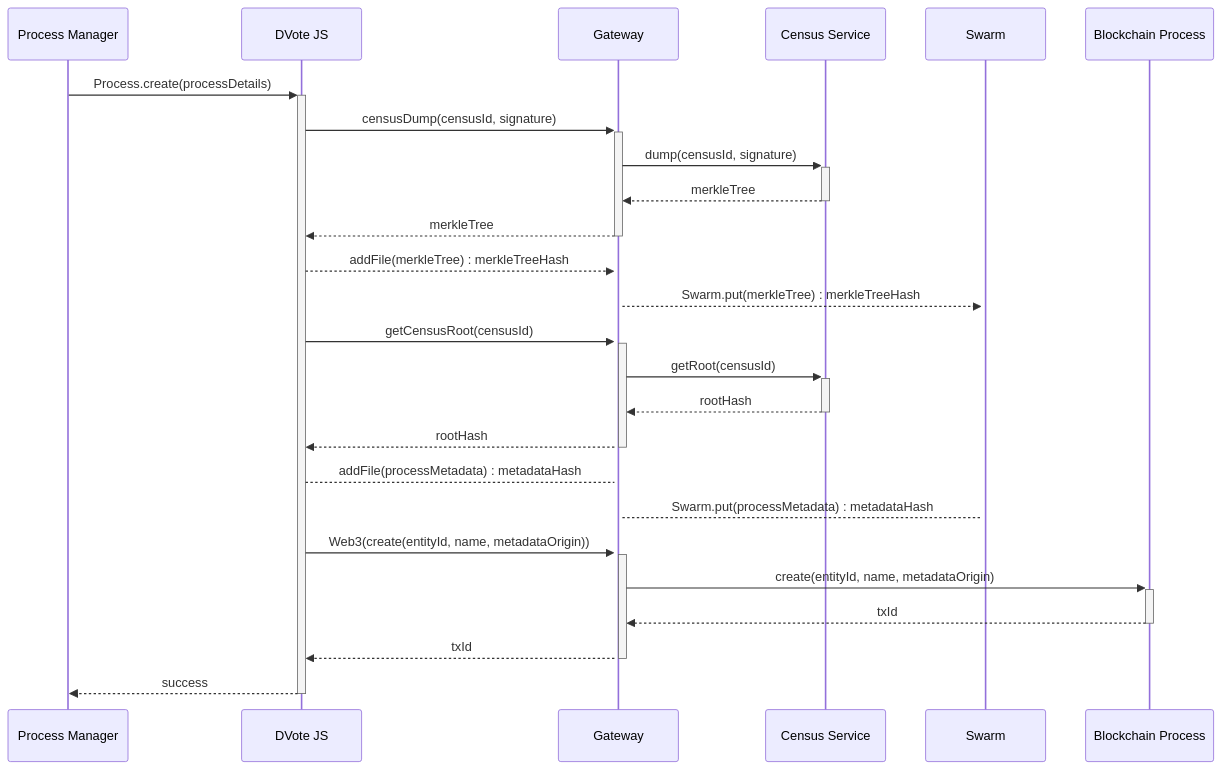
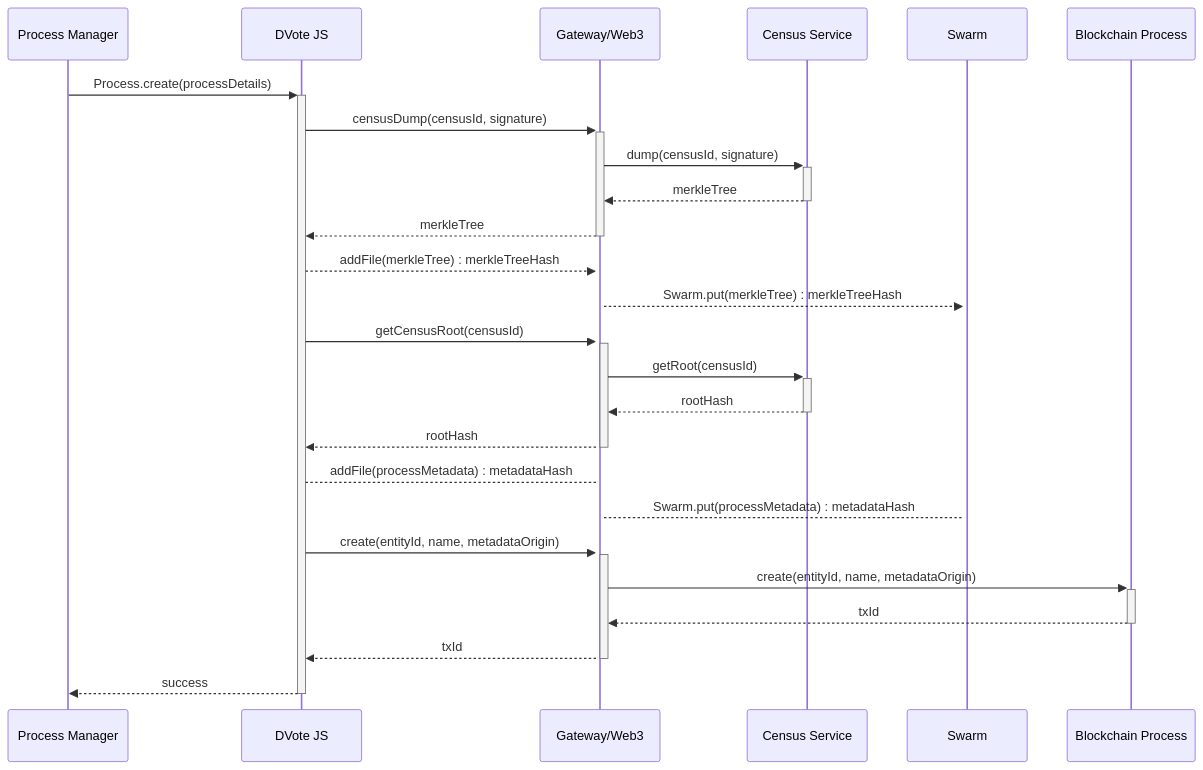
The seventh of 15 diagrams in docs/protocol/sequence-diagrams.md (vocdoni/docs), drawn with Mermaid before and after one commit. The commit also changed other lines of this file and 1 other file, not shown here.

Commit message:
added addCensusClaim, getCensusRoot, censusDump to GW RPC methods, updated sequence dias to show Web3 as available enpoint

````diff
--- a/docs/protocol/sequence-diagrams.md
+++ b/docs/protocol/sequence-diagrams.md
@@ -251,34 +251,34 @@
 ```mermaid
 sequenceDiagram
     participant PM as Process Manager
     participant DV as DVote JS
-    participant GW as Gateway
+    participant GW as Gateway/Web3
     participant CS as Census Service
     participant SW as Swarm
     participant BC as Blockchain Process
 
     PM->>+DV: Process.create(processDetails)
 
         DV->>+GW: censusDump(censusId, signature)
         GW->>+CS: dump(censusId, signature)
         CS-->>-GW: merkleTree
         GW-->>-DV: merkleTree
 
         DV-->>+GW: addFile(merkleTree) : merkleTreeHash
         GW-->>+SW: Swarm.put(merkleTree) : merkleTreeHash
 
         DV->>+GW: getCensusRoot(censusId)
         GW->>+CS: getRoot(censusId)
         CS-->>-GW: rootHash
         GW-->>-DV: rootHash
 
         DV-->GW: addFile(processMetadata) : metadataHash
         GW-->SW: Swarm.put(processMetadata) : metadataHash
 
-        DV->>+GW: Web3(create(entityId, name, metadataOrigin))
+        DV->>+GW: create(entityId, name, metadataOrigin)
         GW->>+BC: create(entityId, name, metadataOrigin)
         BC-->>-GW: txId
         GW-->>-DV: txId
 
     DV-->>-PM: success
 ```
````
